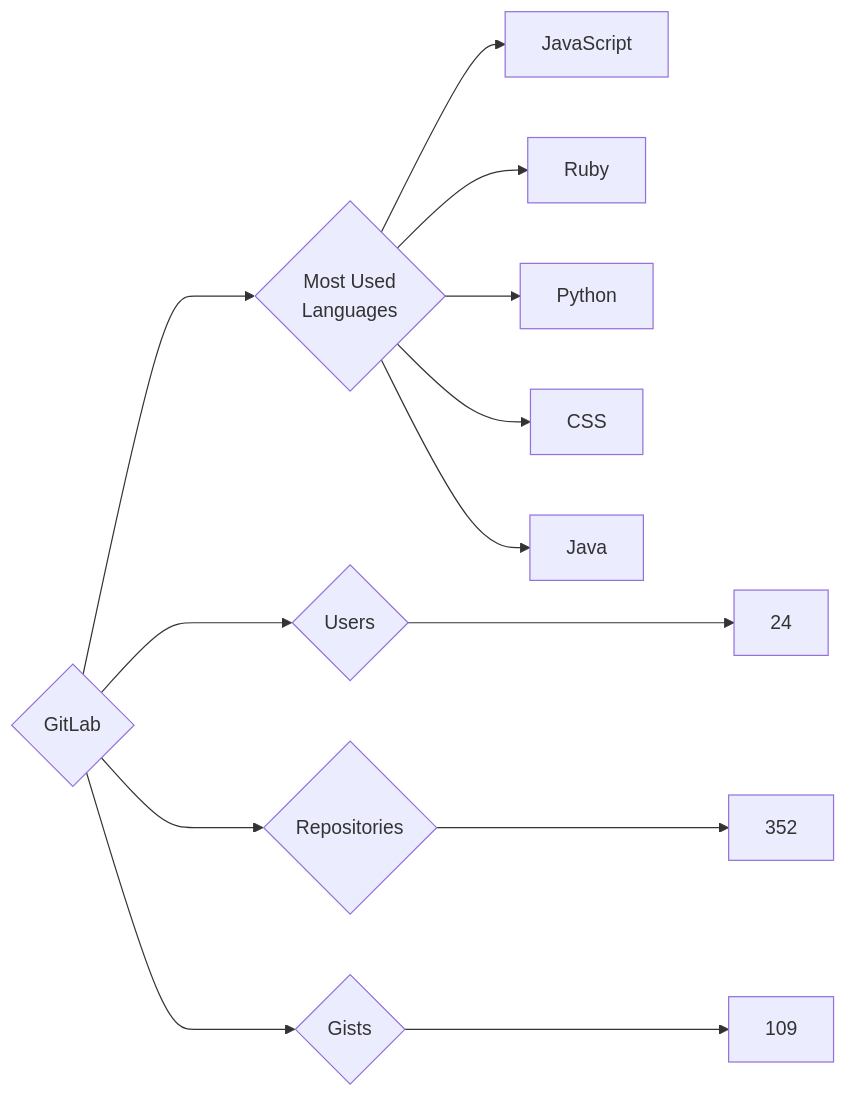
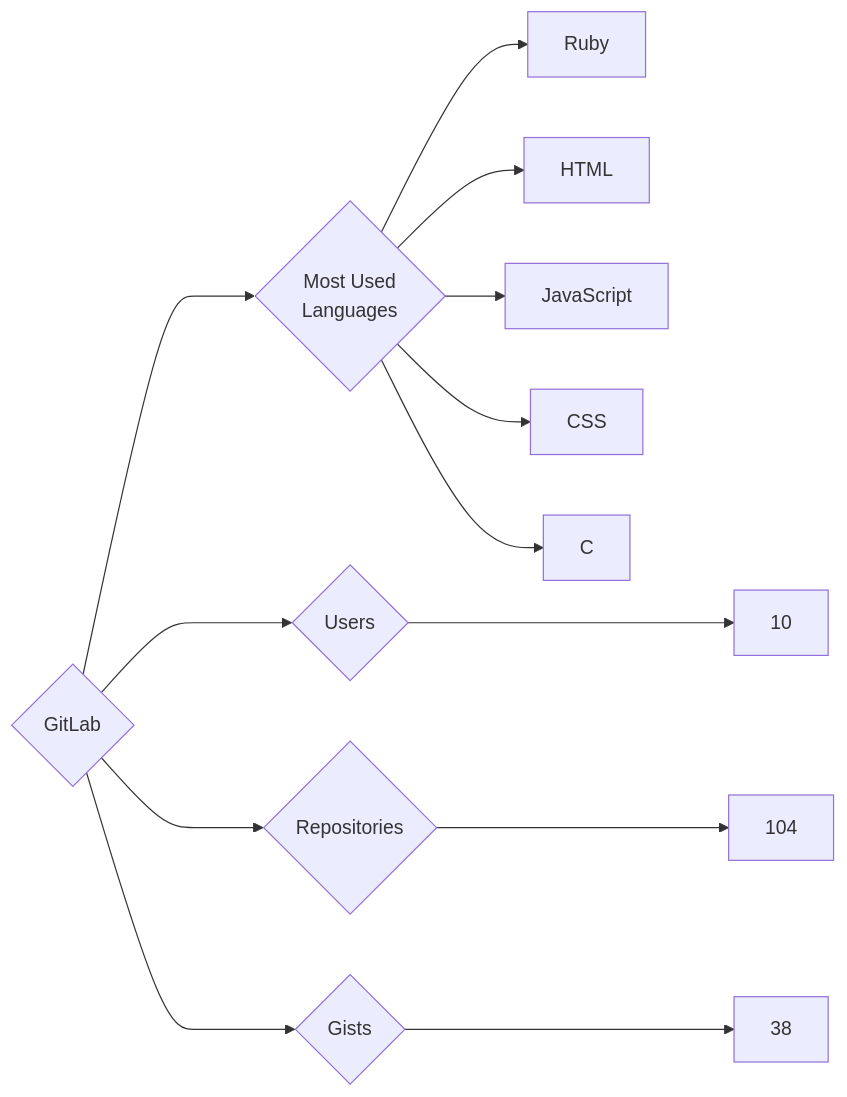
One commit to trickest/insiders changed the diagram in targets/GitLab/README.md. Above: the diagram before and after it, drawn with Mermaid. The commit also changed 925 other files, not shown here.

````diff
--- a/targets/GitLab/README.md
+++ b/targets/GitLab/README.md
@@ -3,13 +3,13 @@
 ```mermaid
 graph LR
 COMPANY_NAME{GitLab}
-COMPANY_NAME ---> U{Users} ---> UN[24]
-COMPANY_NAME ---> R{Repositories} ---> RN[352]
-COMPANY_NAME ---> G{Gists} ---> GN[109]
+COMPANY_NAME ---> U{Users} ---> UN[10]
+COMPANY_NAME ---> R{Repositories} ---> RN[104]
+COMPANY_NAME ---> G{Gists} ---> GN[38]
 COMPANY_NAME ---> ML{Most Used<br>Languages}
+ML --> Ruby[Ruby]
+ML --> HTML[HTML]
 ML --> JavaScript[JavaScript]
-ML --> Ruby[Ruby]
-ML --> Python[Python]
 ML --> CSS[CSS]
-ML --> Java[Java]
+ML --> C[C]
 ```
````
